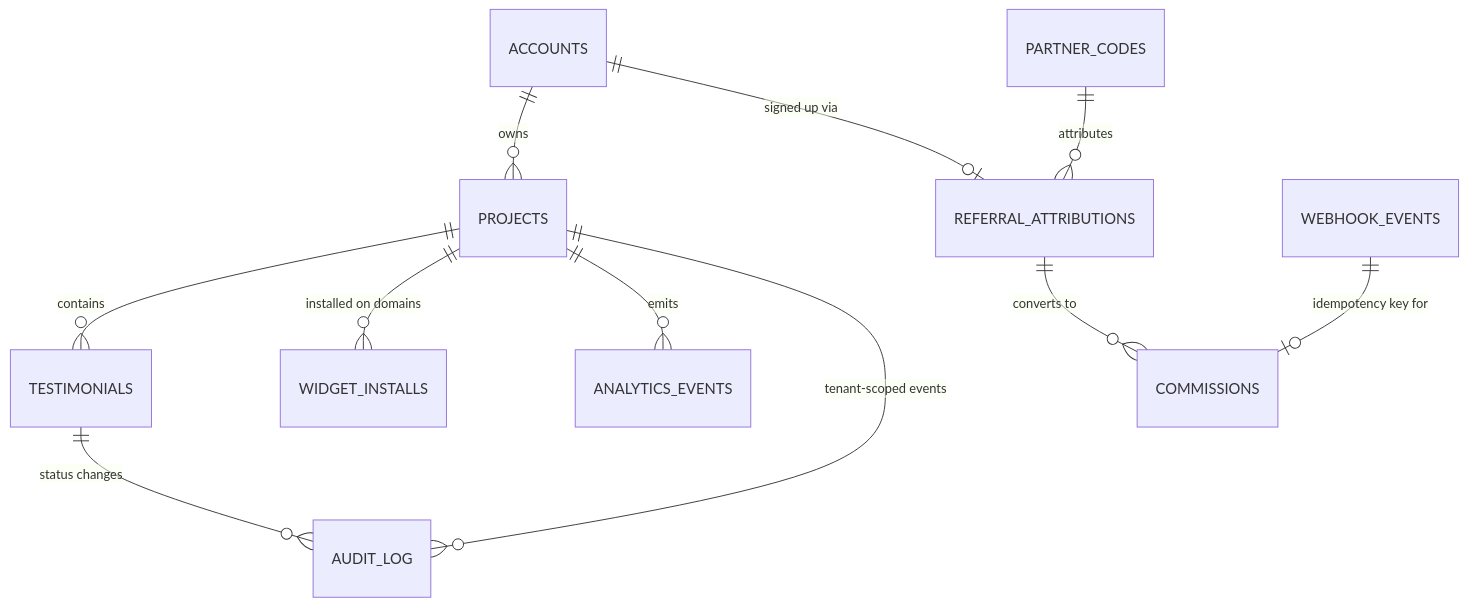
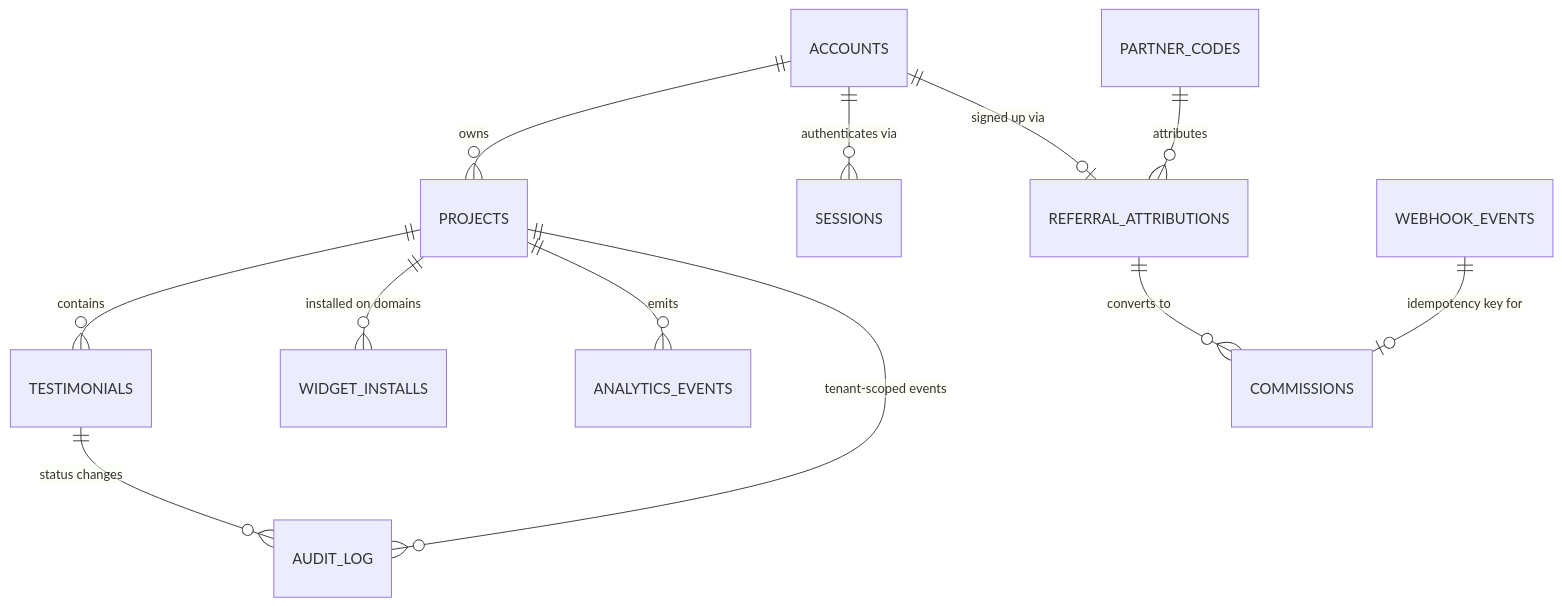
The diagram in projects/01-testimonials-senja/docs/Architecture.md (djd1m/2026-AUG-PU-Projects), drawn with Mermaid before and after one commit. The commit also changed other lines of this file and 2 other files, not shown here.

First line of the commit message:
docs(01): migrate architecture from Supabase to Postgres-in-container

````diff
--- a/projects/01-testimonials-senja/docs/Architecture.md
+++ b/projects/01-testimonials-senja/docs/Architecture.md
@@ -57,13 +62,14 @@
 ```mermaid
 erDiagram
     ACCOUNTS ||--o{ PROJECTS : owns
+    ACCOUNTS ||--o{ SESSIONS : "authenticates via"
     PROJECTS ||--o{ TESTIMONIALS : contains
     PROJECTS ||--o{ WIDGET_INSTALLS : "installed on domains"
     PROJECTS ||--o{ ANALYTICS_EVENTS : emits
     PARTNER_CODES ||--o{ REFERRAL_ATTRIBUTIONS : attributes
     ACCOUNTS ||--o| REFERRAL_ATTRIBUTIONS : "signed up via"
     REFERRAL_ATTRIBUTIONS ||--o{ COMMISSIONS : "converts to"
     WEBHOOK_EVENTS ||--o| COMMISSIONS : "idempotency key for"
     TESTIMONIALS ||--o{ AUDIT_LOG : "status changes"
     PROJECTS ||--o{ AUDIT_LOG : "tenant-scoped events"
 ```
````
